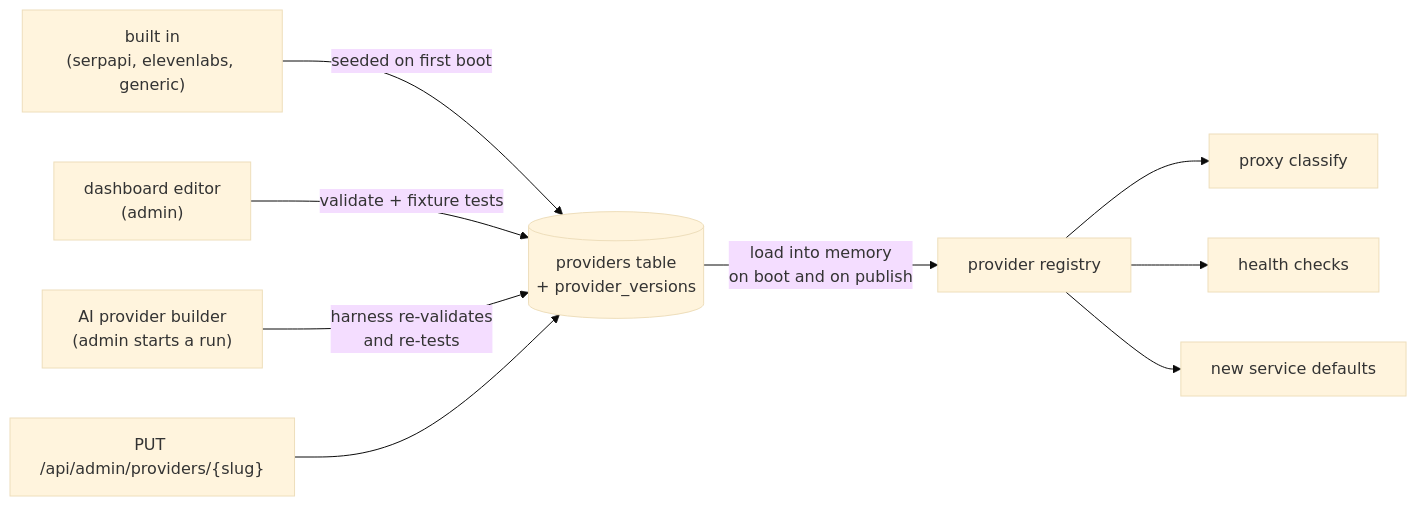
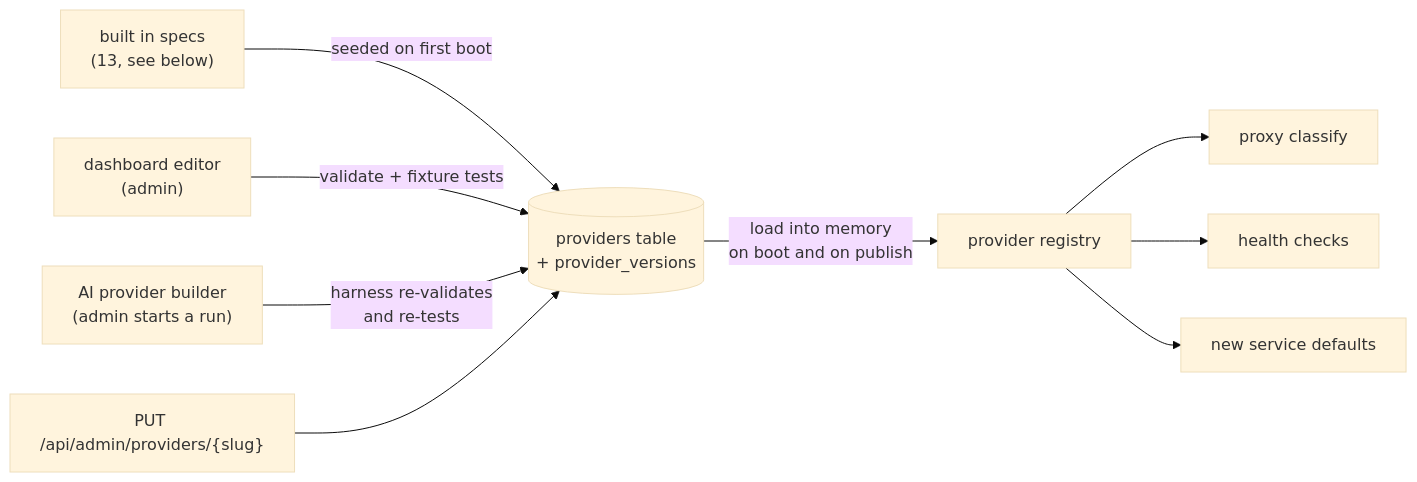
Before and after one commit to sidharthpunathil/acnologia: the diagram in docs/providers.md, drawn with Mermaid (base theme). The commit also changed other lines of this file and 43 other files, not shown here.

````diff
--- a/docs/providers.md
+++ b/docs/providers.md
@@ -13,11 +13,11 @@
 ```mermaid
 flowchart LR
-    Built["built in<br/>(serpapi, elevenlabs, generic)"] -->|seeded on first boot| Store[("providers table<br/>+ provider_versions")]
+    Built["built in specs<br/>(13, see below)"] -->|seeded on first boot| Store[("providers table<br/>+ provider_versions")]
     Editor["dashboard editor<br/>(admin)"] -->|validate + fixture tests| Store
     AI["AI provider builder<br/>(admin starts a run)"] -->|"harness re-validates<br/>and re-tests"| Store
     API["PUT /api/admin/providers/{slug}"] --> Store
     Store -->|"load into memory<br/>on boot and on publish"| Reg["provider registry"]
     Reg --> Proxy["proxy classify"]
     Reg --> Health["health checks"]
     Reg --> Svc["new service defaults"]
 ```
````
